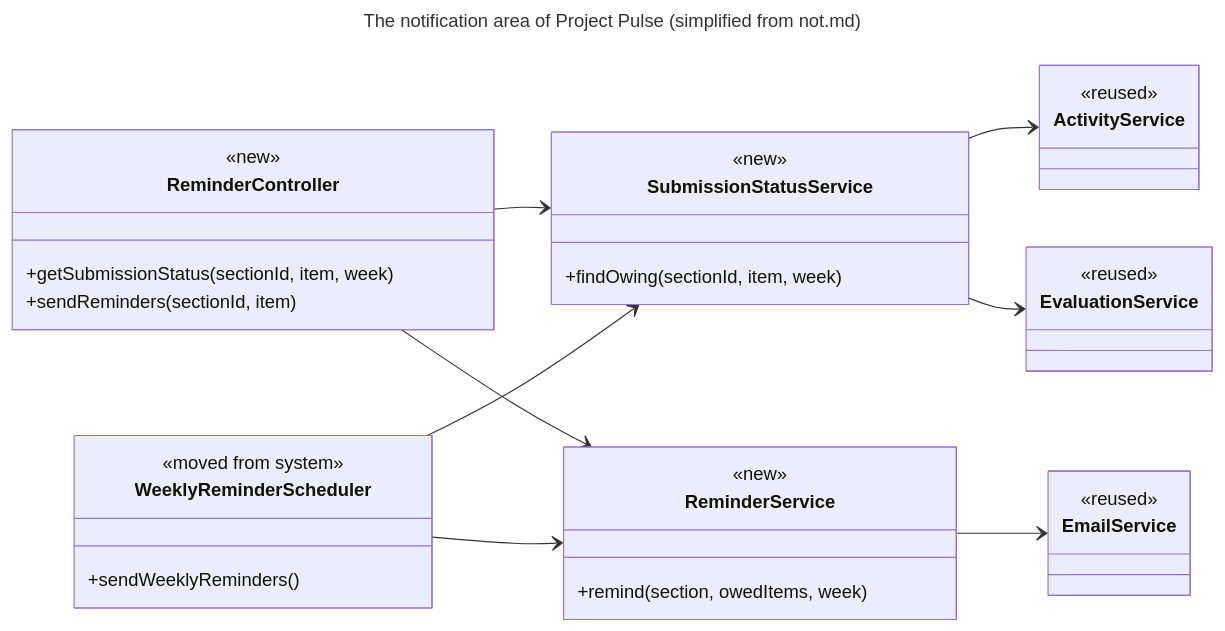
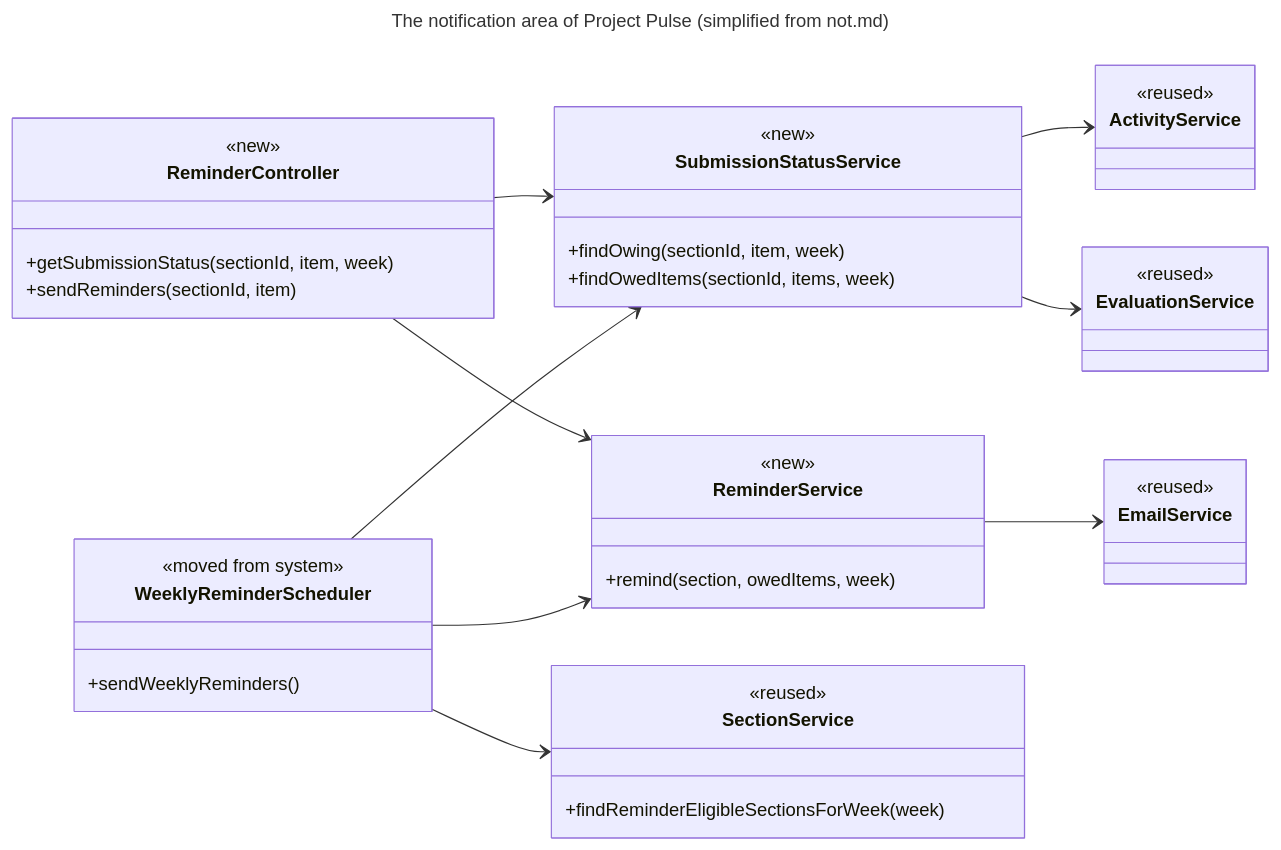
The first of 3 diagrams in docs/modules/design-of-record.md (Washingtonwei/cosc-40943), drawn with Mermaid before and after one commit. The commit also changed other lines of this file and 1 other file, not shown here.

Commit message:
Design of record: class diagrams match not.md's scheduler path; module 4.4 compares the two sequence diagrams

````diff
--- a/docs/modules/design-of-record.md
+++ b/docs/modules/design-of-record.md
@@ -111,40 +111,46 @@
 ```mermaid
 ---
 title: The notification area of Project Pulse (simplified from not.md)
 ---
 classDiagram
     direction LR
     class ReminderController {
         <<new>>
         +getSubmissionStatus(sectionId, item, week)
         +sendReminders(sectionId, item)
     }
     class SubmissionStatusService {
         <<new>>
         +findOwing(sectionId, item, week)
+        +findOwedItems(sectionId, items, week)
     }
     class ReminderService {
         <<new>>
         +remind(section, owedItems, week)
     }
     class WeeklyReminderScheduler {
         <<moved from system>>
         +sendWeeklyReminders()
     }
     class ActivityService {
         <<reused>>
     }
     class EvaluationService {
         <<reused>>
     }
     class EmailService {
         <<reused>>
     }
+    class SectionService {
+        <<reused>>
+        +findReminderEligibleSectionsForWeek(week)
+    }
     ReminderController --> SubmissionStatusService
     ReminderController --> ReminderService
+    WeeklyReminderScheduler --> SectionService
     WeeklyReminderScheduler --> SubmissionStatusService
     WeeklyReminderScheduler --> ReminderService
     SubmissionStatusService --> ActivityService
     SubmissionStatusService --> EvaluationService
     ReminderService --> EmailService
 ```
````
